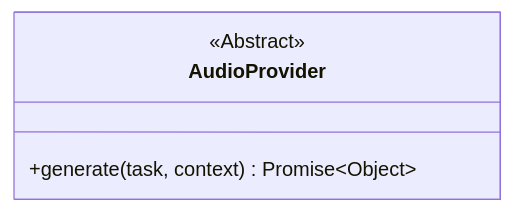
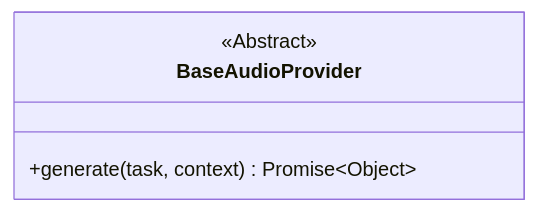
Before and after one commit to DrMarcoGilardi/BRANI-360: the second of 36 diagrams in docs/SERVER_DOCS.md, drawn with Mermaid. The commit also changed other lines of this file and 2 other files, not shown here.

````diff
--- a/docs/SERVER_DOCS.md
+++ b/docs/SERVER_DOCS.md
@@ -40,7 +40,7 @@
 ```mermaid
 classDiagram
-class AudioProvider{
+class BaseAudioProvider{
 <<Abstract>>
 +generate(task, context) Promise~Object~
 }
 ```
````
